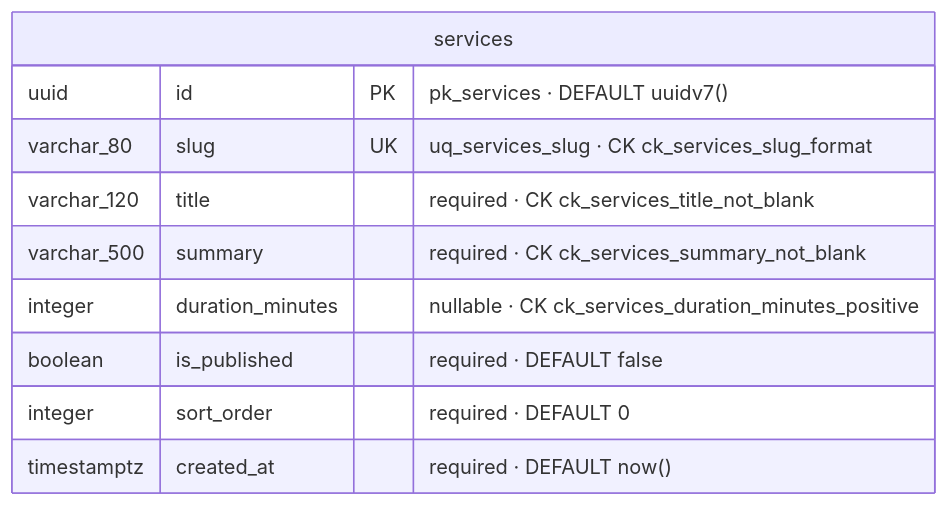
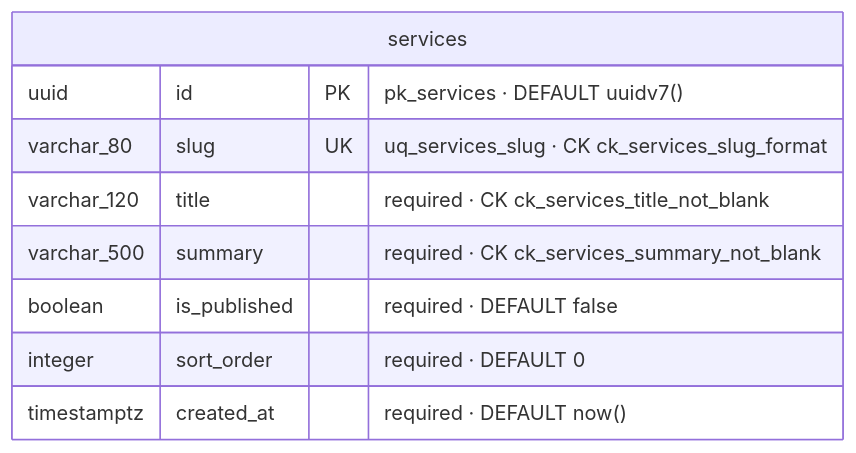
Before and after one commit to kienquocnguyen/xuan-api: the diagram in docs/database.md, drawn with Mermaid. The commit also changed other lines of this file and 5 other files, not shown here.

````diff
--- a/docs/database.md
+++ b/docs/database.md
@@ -245,13 +245,12 @@
 ```mermaid
 erDiagram
     services {
         uuid id PK "pk_services · DEFAULT uuidv7()"
         varchar_80 slug UK "uq_services_slug · CK ck_services_slug_format"
         varchar_120 title "required · CK ck_services_title_not_blank"
         varchar_500 summary "required · CK ck_services_summary_not_blank"
-        integer duration_minutes "nullable · CK ck_services_duration_minutes_positive"
         boolean is_published "required · DEFAULT false"
         integer sort_order "required · DEFAULT 0"
         timestamptz created_at "required · DEFAULT now()"
     }
 ```
````
